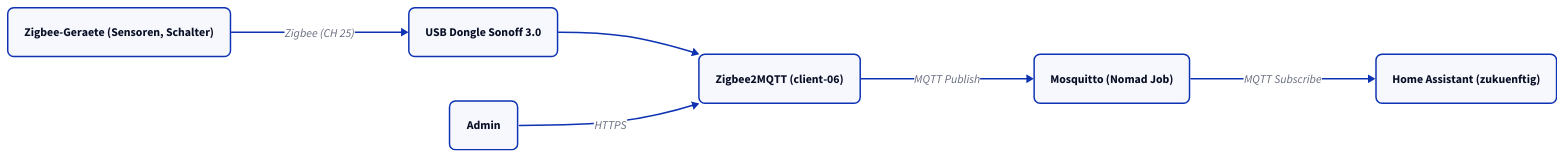
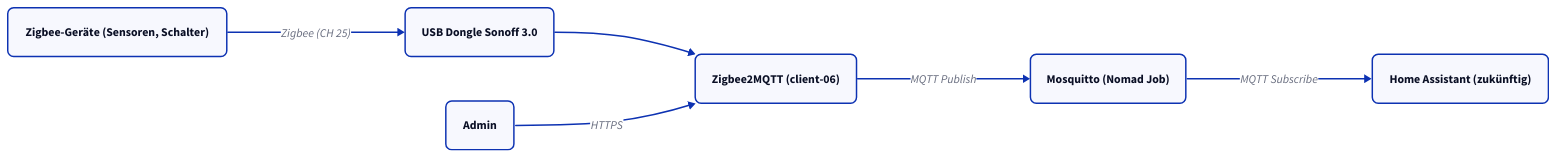
One commit to derever-labs/homelab-wiki changed the diagram in docs/iot-stack/index.md. Above: the diagram before and after it, drawn with D2. The commit also changed other lines of this file and 72 other files, not shown here.

````diff
--- a/docs/iot-stack/index.md
+++ b/docs/iot-stack/index.md
@@ -32,16 +30,16 @@
 ```d2
 direction: right
 
-ZD: "Zigbee-Geraete (Sensoren, Schalter)" { style.border-radius: 8 }
+ZD: "Zigbee-Geräte (Sensoren, Schalter)" { style.border-radius: 8 }
 USB: "USB Dongle Sonoff 3.0" { style.border-radius: 8 }
 Z2M: "Zigbee2MQTT (client-06)" { style.border-radius: 8 }
 MQ: "Mosquitto (Nomad Job)" { style.border-radius: 8 }
-HA: "Home Assistant (zukuenftig)" { style.border-radius: 8 }
+HA: "Home Assistant (zukünftig)" { style.border-radius: 8 }
 Admin: Admin { style.border-radius: 8 }
 
 ZD -> USB: "Zigbee (CH 25)"
 USB -> Z2M
 Z2M -> MQ: MQTT Publish
 MQ -> HA: MQTT Subscribe
 Admin -> Z2M: HTTPS
 ```
````
